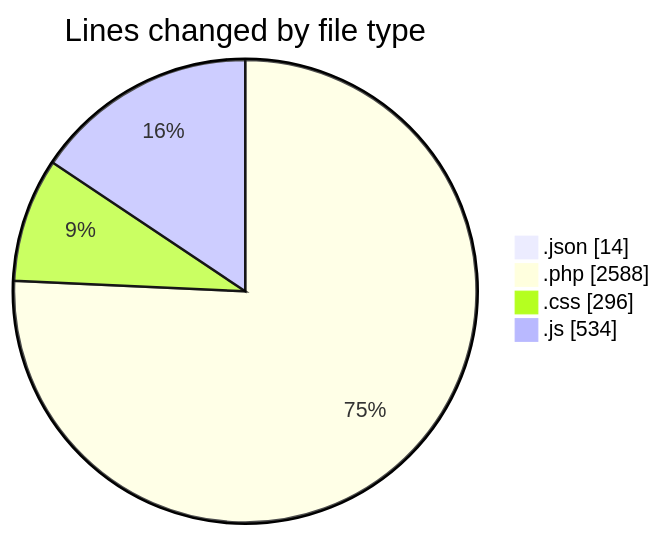
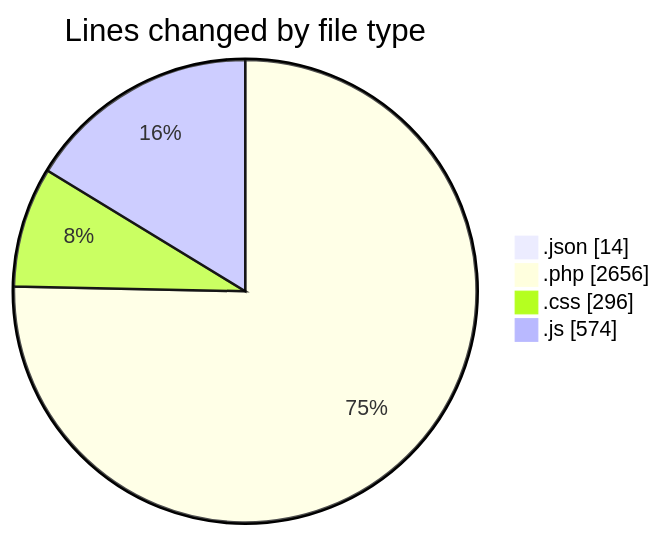
The first of 2 diagrams in 2026-07-31/untitled__workspace_/README.md (debugP/code-tracking), drawn with Mermaid before and after one commit. The commit also changed other lines of this file and 1 other file, not shown here.

````diff
--- a/2026-07-31/untitled__workspace_/README.md
+++ b/2026-07-31/untitled__workspace_/README.md
@@ -24,8 +24,8 @@
 ```mermaid
 pie showData
 title Lines changed by file type
 ".json" : 14
-".php" : 2588
+".php" : 2656
 ".css" : 296
-".js" : 534
+".js" : 574
 ```
````
